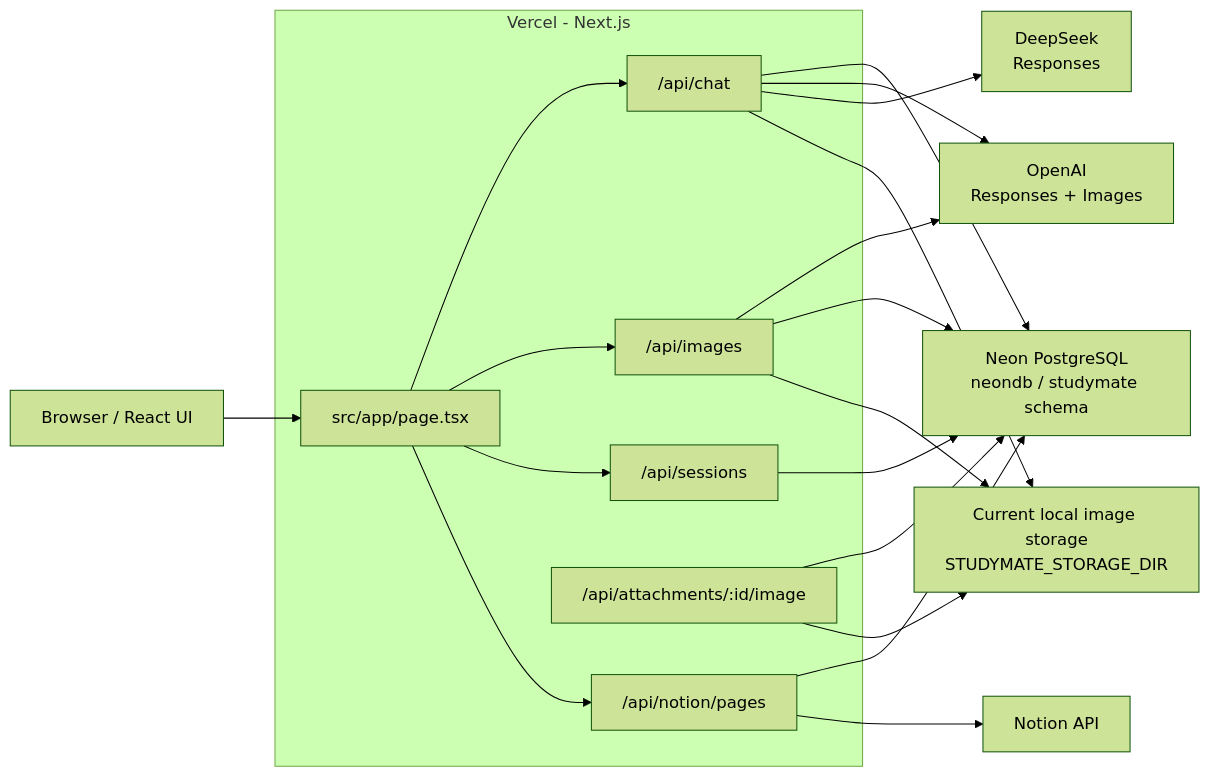
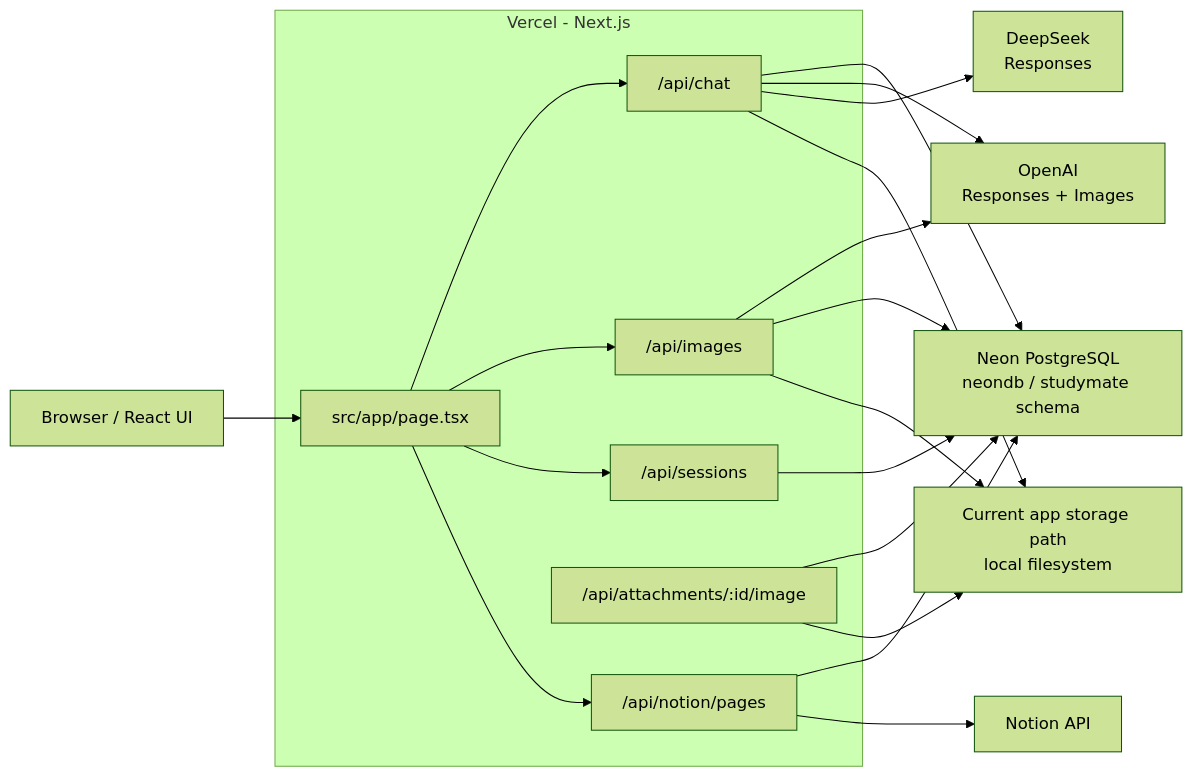
The diagram in docs/architecture/README.md (kakumine2001/NoteFable), drawn with Mermaid (forest theme) before and after one commit. The commit also changed 4 other files, not shown here.

Commit message:
docs: align Blob status and remove legacy ERD

````diff
--- a/docs/architecture/README.md
+++ b/docs/architecture/README.md
@@ -25,40 +25,40 @@
 ```mermaid
 flowchart LR
     U["Browser / React UI"]
 
     subgraph V[Vercel - Next.js]
       UI["src/app/page.tsx"]
       CHAT["/api/chat"]
       IMG["/api/images"]
       SES["/api/sessions"]
       ATT["/api/attachments/:id/image"]
       NOTION["/api/notion/pages"]
     end
 
     DB["Neon PostgreSQL<br/>neondb / studymate schema"]
     OPENAI["OpenAI<br/>Responses + Images"]
     DEEPSEEK["DeepSeek<br/>Responses"]
     N["Notion API"]
-    FS["Current local image storage<br/>STUDYMATE_STORAGE_DIR"]
+    FS["Current app storage path<br/>local filesystem"]
 
     U --> UI
     UI --> CHAT
     UI --> IMG
     UI --> SES
     UI --> NOTION
 
     CHAT --> DB
     CHAT --> OPENAI
     CHAT --> DEEPSEEK
     CHAT --> FS
 
     IMG --> OPENAI
     IMG --> DB
     IMG --> FS
 
     SES --> DB
     ATT --> DB
     ATT --> FS
     NOTION --> DB
     NOTION --> N
 ```
````
